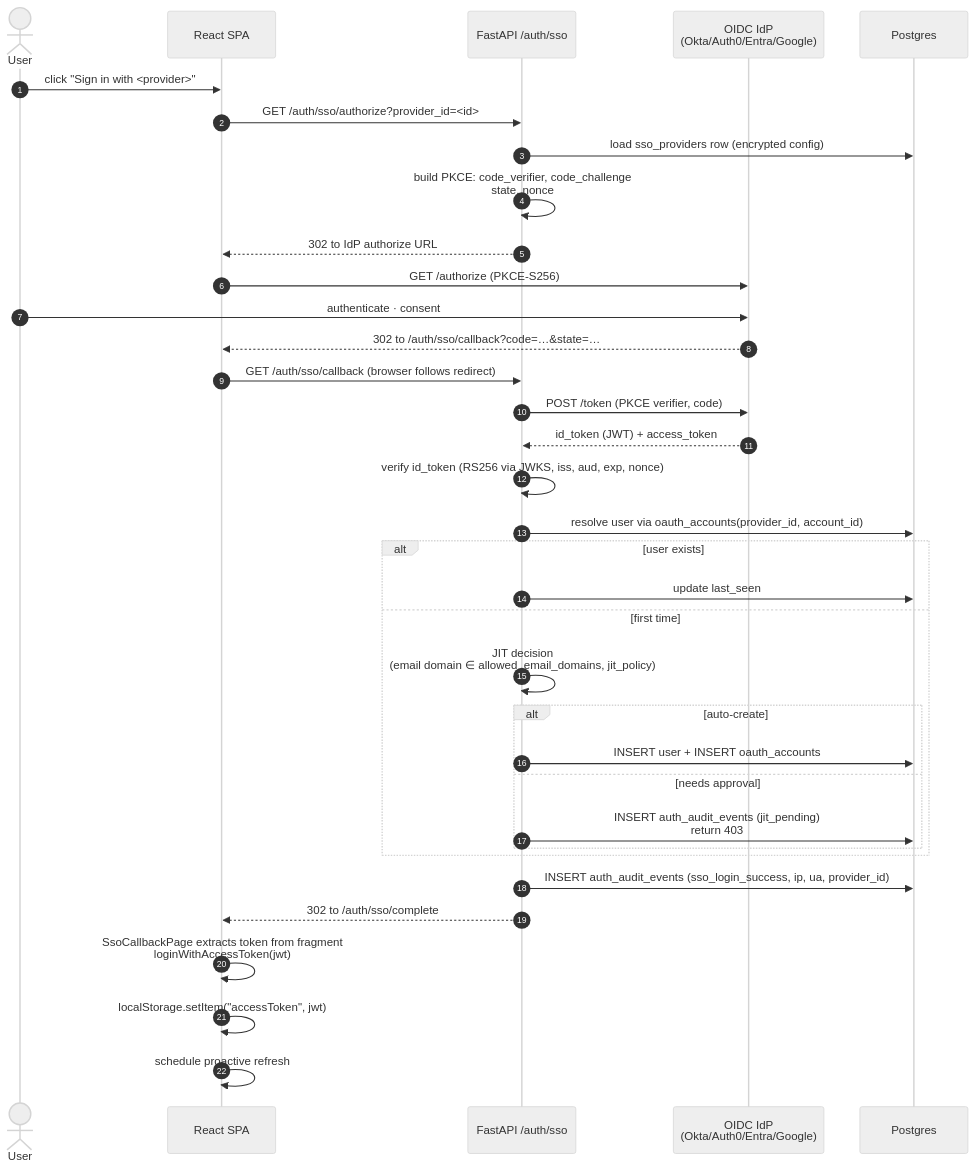
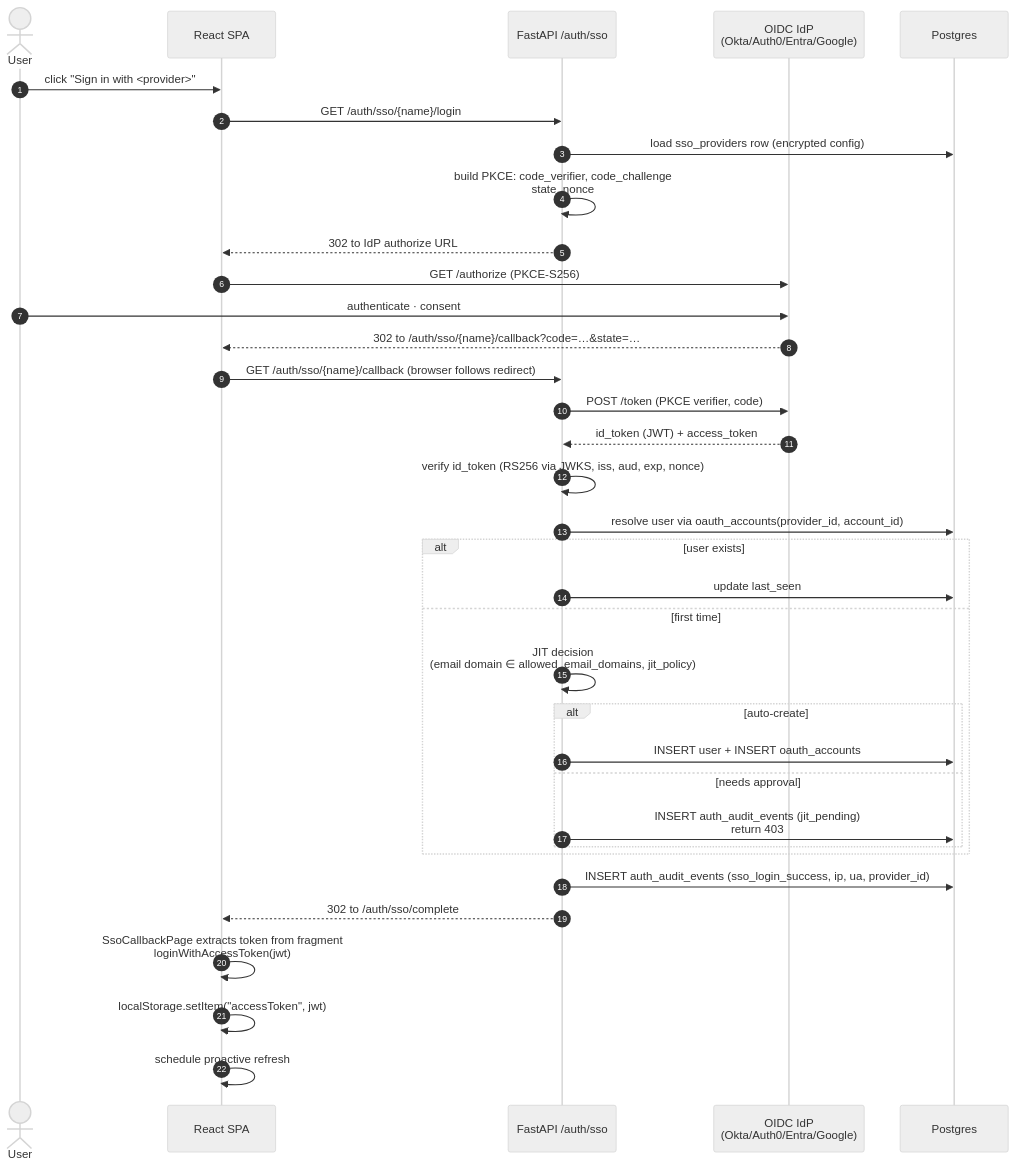
One commit to nerdy-krishna/ai-secure-coding-compliance-platform changed the second of 5 diagrams in docs/docs/architecture/diagrams/08-auth-tenancy-sso.md. Above: the diagram before and after it, drawn with Mermaid (neutral theme). The commit also changed other lines of this file and 405 other files, not shown here.

````diff
--- a/docs/docs/architecture/diagrams/08-auth-tenancy-sso.md
+++ b/docs/docs/architecture/diagrams/08-auth-tenancy-sso.md
@@ -53,38 +53,38 @@
 ```mermaid
 sequenceDiagram
     autonumber
     actor U as User
     participant SPA as React SPA
     participant API as FastAPI /auth/sso
     participant IDP as OIDC IdP<br/>(Okta/Auth0/Entra/Google)
     participant DB as Postgres
 
     U->>SPA: click "Sign in with <provider>"
-    SPA->>API: GET /auth/sso/authorize?provider_id=<id>
+    SPA->>API: GET /auth/sso/{name}/login
     API->>DB: load sso_providers row (encrypted config)
     API->>API: build PKCE: code_verifier, code_challenge<br/>state, nonce
     API-->>SPA: 302 to IdP authorize URL
     SPA->>IDP: GET /authorize (PKCE-S256)
     U->>IDP: authenticate · consent
-    IDP-->>SPA: 302 to /auth/sso/callback?code=…&state=…
-    SPA->>API: GET /auth/sso/callback (browser follows redirect)
+    IDP-->>SPA: 302 to /auth/sso/{name}/callback?code=…&state=…
+    SPA->>API: GET /auth/sso/{name}/callback (browser follows redirect)
     API->>IDP: POST /token (PKCE verifier, code)
     IDP-->>API: id_token (JWT) + access_token
     API->>API: verify id_token (RS256 via JWKS, iss, aud, exp, nonce)
     API->>DB: resolve user via oauth_accounts(provider_id, account_id)
     alt user exists
       API->>DB: update last_seen
     else first time
       API->>API: JIT decision<br/>(email domain ∈ allowed_email_domains, jit_policy)
       alt auto-create
         API->>DB: INSERT user + INSERT oauth_accounts
       else needs approval
         API->>DB: INSERT auth_audit_events (jit_pending)<br/>return 403
       end
     end
     API->>DB: INSERT auth_audit_events (sso_login_success, ip, ua, provider_id)
     API-->>SPA: 302 to /auth/sso/complete#access_token=<jwt>&exp=…
     SPA->>SPA: SsoCallbackPage extracts token from fragment<br/>loginWithAccessToken(jwt)
     SPA->>SPA: localStorage.setItem("accessToken", jwt)
     SPA->>SPA: schedule proactive refresh
 ```
````
